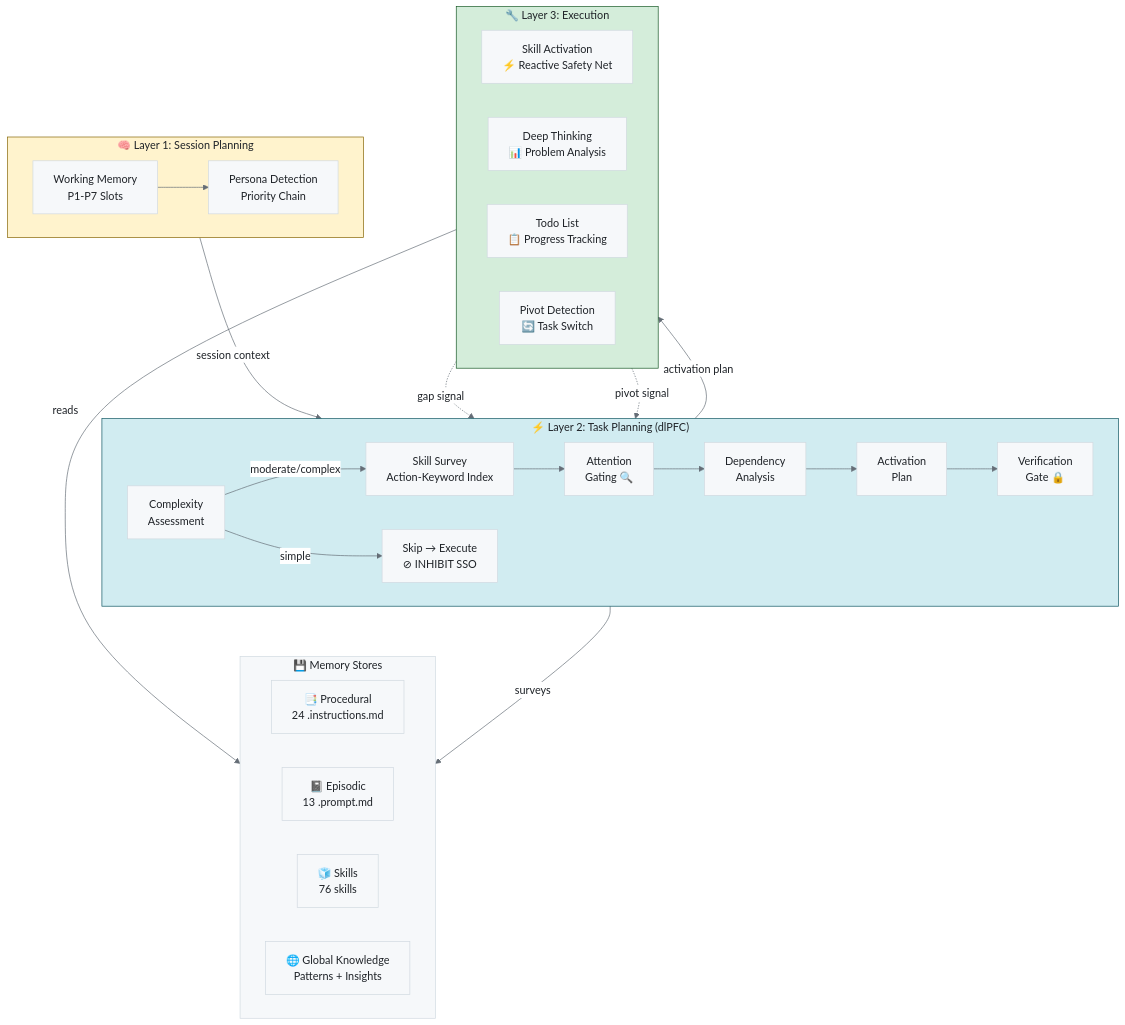
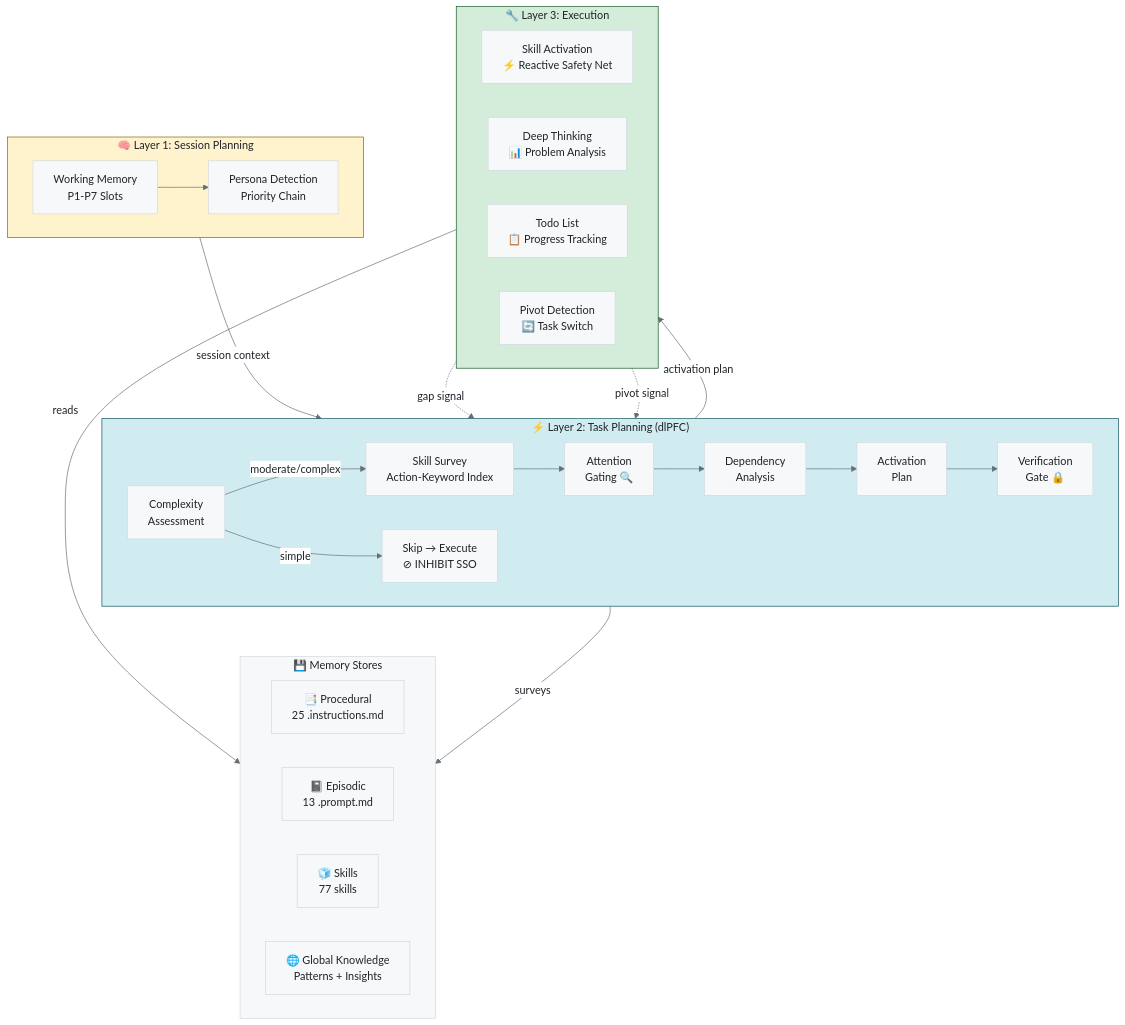
Before and after one commit to fabioc-aloha/Alex_Plug_In: the sixth of 7 diagrams in alex_docs/architecture/COGNITIVE-ARCHITECTURE.md, drawn with Mermaid. The commit also changed 65 other files, not shown here.

````diff
--- a/alex_docs/architecture/COGNITIVE-ARCHITECTURE.md
+++ b/alex_docs/architecture/COGNITIVE-ARCHITECTURE.md
@@ -353,50 +353,50 @@
 ```mermaid
 %%{init: {'theme': 'base', 'themeVariables': { 'primaryColor': '#f6f8fa', 'primaryTextColor': '#1f2328', 'primaryBorderColor': '#d1d9e0', 'lineColor': '#656d76', 'secondaryColor': '#f6f8fa', 'tertiaryColor': '#ffffff', 'background': '#ffffff', 'mainBkg': '#f6f8fa', 'nodeBorder': '#d1d9e0', 'clusterBkg': '#f6f8fa', 'clusterBorder': '#d1d9e0', 'titleColor': '#1f2328', 'edgeLabelBackground': '#ffffff'}}}%%
 flowchart TB
     subgraph L1["🧠 Layer 1: Session Planning"]
         direction LR
         WM["Working Memory\nP1-P7 Slots"]
         PP["Persona Detection\nPriority Chain"]
         WM --> PP
     end
 
     subgraph L2["⚡ Layer 2: Task Planning (dlPFC)"]
         direction LR
         CA["Complexity\nAssessment"]
         SS["Skill Survey\nAction-Keyword Index"]
         AG["Attention\nGating 🔍"]
         DA["Dependency\nAnalysis"]
         AP["Activation\nPlan"]
         VG["Verification\nGate 🔒"]
         CA -->|"moderate/complex"| SS --> AG --> DA --> AP --> VG
         CA -->|"simple"| SKIP["Skip → Execute\n⊘ INHIBIT SSO"]
     end
 
     subgraph L3["🔧 Layer 3: Execution"]
         direction LR
         SA["Skill Activation\n⚡ Reactive Safety Net"]
         DT["Deep Thinking\n📊 Problem Analysis"]
         TL["Todo List\n📋 Progress Tracking"]
         PD["Pivot Detection\n🔄 Task Switch"]
         SA -.->|"gap signal"| SS
         PD -.->|"pivot signal"| CA
     end
 
     subgraph Memory["💾 Memory Stores"]
         direction LR
-        PROC["📑 Procedural\n24 .instructions.md"]
+        PROC["📑 Procedural\n25 .instructions.md"]
         EPIS["📓 Episodic\n13 .prompt.md"]
-        SKILLS["🧊 Skills\n76 skills"]
+        SKILLS["🧊 Skills\n77 skills"]
         GK["🌐 Global Knowledge\nPatterns + Insights"]
     end
 
     L1 -->|"session context"| L2
     L2 -->|"activation plan"| L3
     L3 -->|"reads"| Memory
     L2 -->|"surveys"| SKILLS
 
     style L1 fill:#fff3cd,stroke:#856404,color:#1f2328
     style L2 fill:#d1ecf1,stroke:#0c5460,color:#1f2328
     style L3 fill:#d4edda,stroke:#155724,color:#1f2328
     style Memory fill:#f6f8fa,stroke:#d1d9e0,color:#1f2328
 ```
````
